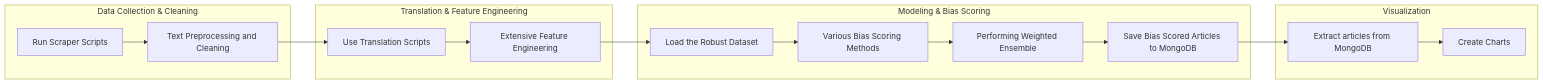
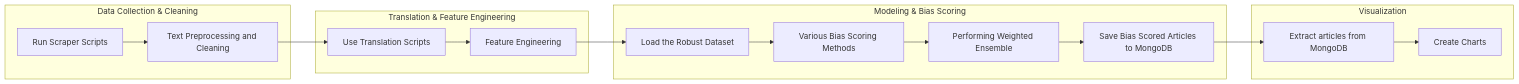
Before and after one commit to bharathkaranth/news-bias-analyzer: the second of 8 diagrams in README.md, drawn with Mermaid.

````diff
--- a/README.md
+++ b/README.md
@@ -80,28 +80,28 @@
 ```mermaid
 flowchart LR
     subgraph S[Data Collection & Cleaning]
         S1[Run Scraper Scripts]
         --> S2[Text Preprocessing and Cleaning]
     end
 
     subgraph T[Translation & Feature Engineering]
         T1[Use Translation Scripts]
-        --> T2[Extensive Feature Engineering]
+        --> T2[Feature Engineering]
     end
  
     subgraph M[Modeling & Bias Scoring]
         M1[Load the Robust Dataset]
         --> M2[Various Bias Scoring Methods]
         --> M3[Performing Weighted Ensemble]
         --> M4[Save Bias Scored Articles to MongoDB]
     end
  
     subgraph V[Visualization]
         V1[Extract articles from MongoDB]
         --> V2[Create Charts]
     end
  
     S2 --> T1
     T2 --> M1
     M4 --> V1
 ```
````
